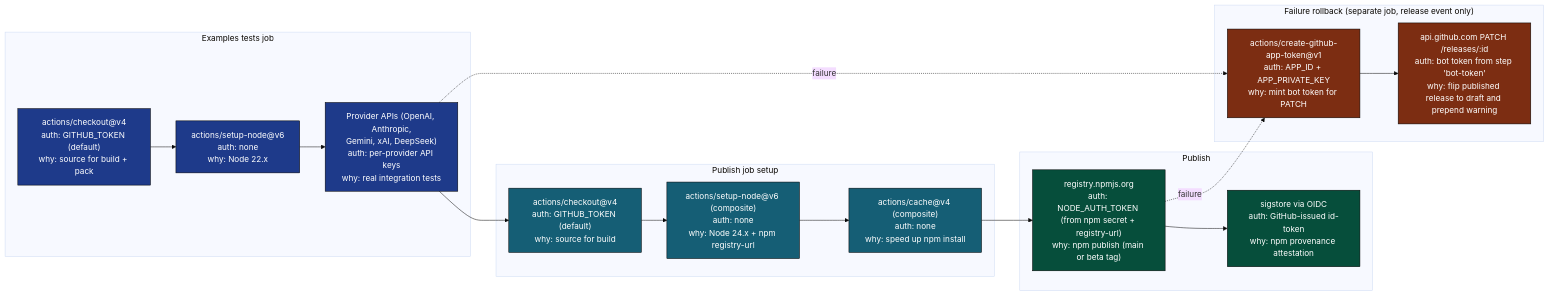
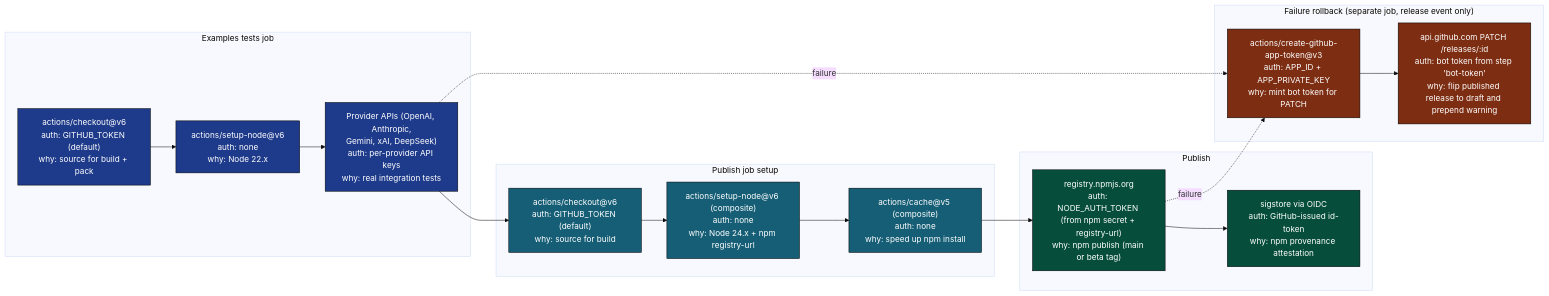
One commit to llm-exe/llm-exe changed the seventh of 12 diagrams in .github/docs/PUBLISH_RELEASE_DEEP_DIVE.md. Above: the diagram before and after it, drawn with Mermaid (base theme). The commit also changed other lines of this file and 19 other files, not shown here.

First line of the commit message:
Update GitHub Actions to use latest versions of create-github-app-token and checkout actions

````diff
--- a/.github/docs/PUBLISH_RELEASE_DEEP_DIVE.md
+++ b/.github/docs/PUBLISH_RELEASE_DEEP_DIVE.md
@@ -336,37 +336,37 @@
 ```mermaid
 flowchart LR
     classDef pre fill:#155e75,color:#fff,stroke:#000
     classDef test fill:#1e3a8a,color:#fff,stroke:#000
     classDef pub fill:#064e3b,color:#fff,stroke:#000
     classDef rb fill:#7c2d12,color:#fff,stroke:#000
 
     subgraph ExTest["Examples tests job"]
-        e1["actions/checkout@v4\nauth: GITHUB_TOKEN (default)\nwhy: source for build + pack"]:::test
+        e1["actions/checkout@v6\nauth: GITHUB_TOKEN (default)\nwhy: source for build + pack"]:::test
         e2["actions/setup-node@v6\nauth: none\nwhy: Node 22.x"]:::test
         e3["Provider APIs (OpenAI, Anthropic,\nGemini, xAI, DeepSeek)\nauth: per-provider API keys\nwhy: real integration tests"]:::test
     end
 
     subgraph Pre["Publish job setup"]
-        c1["actions/checkout@v4\nauth: GITHUB_TOKEN (default)\nwhy: source for build"]:::pre
+        c1["actions/checkout@v6\nauth: GITHUB_TOKEN (default)\nwhy: source for build"]:::pre
         c2["actions/setup-node@v6 (composite)\nauth: none\nwhy: Node 24.x + npm registry-url"]:::pre
-        c3["actions/cache@v4 (composite)\nauth: none\nwhy: speed up npm install"]:::pre
+        c3["actions/cache@v5 (composite)\nauth: none\nwhy: speed up npm install"]:::pre
     end
 
     subgraph Pub["Publish"]
         d1["registry.npmjs.org\nauth: NODE_AUTH_TOKEN (from npm secret + registry-url)\nwhy: npm publish (main or beta tag)"]:::pub
         d2["sigstore via OIDC\nauth: GitHub-issued id-token\nwhy: npm provenance attestation"]:::pub
     end
 
     subgraph Rb["Failure rollback (separate job, release event only)"]
-        d3["actions/create-github-app-token@v1\nauth: APP_ID + APP_PRIVATE_KEY\nwhy: mint bot token for PATCH"]:::rb
+        d3["actions/create-github-app-token@v3\nauth: APP_ID + APP_PRIVATE_KEY\nwhy: mint bot token for PATCH"]:::rb
         d4["api.github.com PATCH /releases/:id\nauth: bot token from step 'bot-token'\nwhy: flip published release to draft and prepend warning"]:::rb
         d3 --> d4
     end
 
     e1 --> e2 --> e3
     e3 --> c1
     c1 --> c2 --> c3 --> d1
     d1 --> d2
     e3 -.failure.-> d3
     d1 -.failure.-> d3
 ```
````
